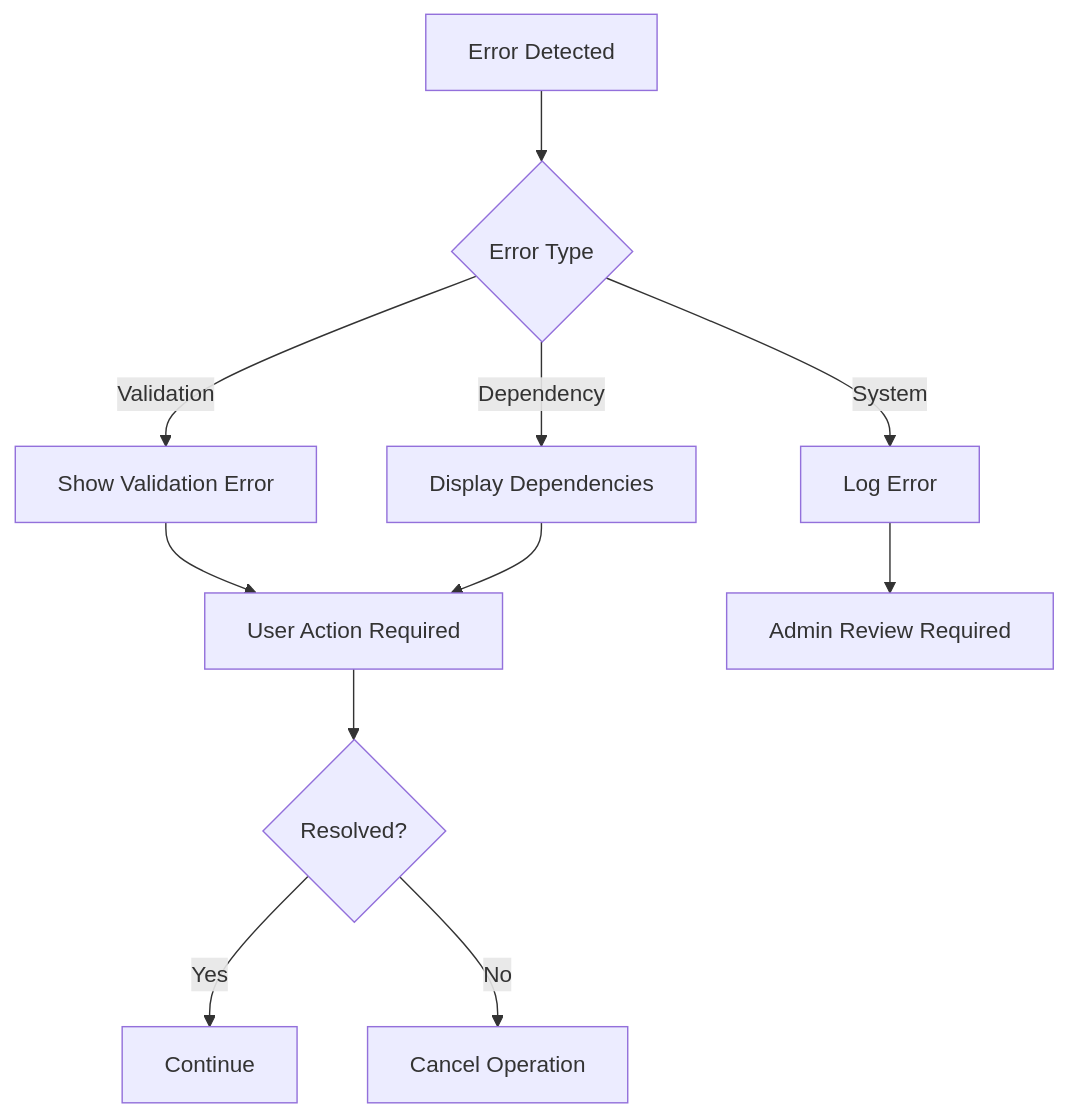
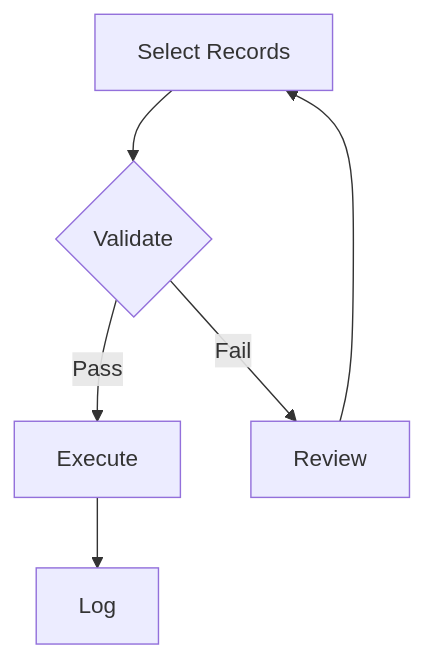
One commit to Goldenvikingsunset/DatadeletionTool changed the seventh of 10 diagrams in README.md. Above: the diagram before and after it, drawn with Mermaid. The commit also changed other lines of this file, not shown here.

````diff
--- a/README.md
+++ b/README.md
@@ -123,15 +132,8 @@
 ```mermaid
-flowchart TD
-    A[Error Detected] --> B{Error Type}
-    B -- Validation --> C[Show Validation Error]
-    B -- Dependency --> D[Display Dependencies]
-    B -- System --> E[Log Error]
-    
-    C --> F[User Action Required]
-    D --> F
-    E --> G[Admin Review Required]
-    
-    F --> H{Resolved?}
-    H -- Yes --> I[Continue]
-    H -- No --> J[Cancel Operation]
+graph TB
+    A[Select Records] --> B{Validate}
+    B -- Pass --> C[Execute]
+    B -- Fail --> D[Review]
+    C --> E[Log]
+    D --> A
 ```
````
